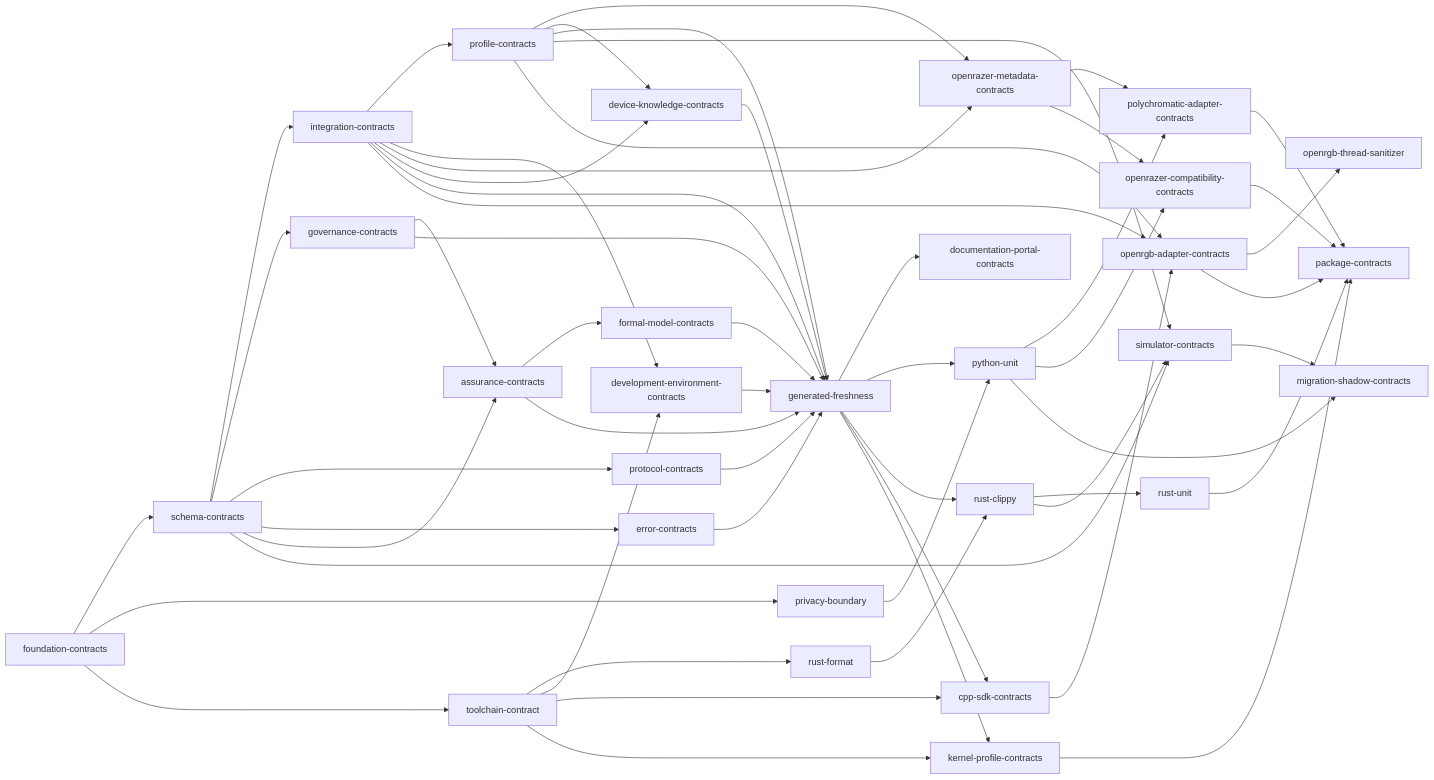
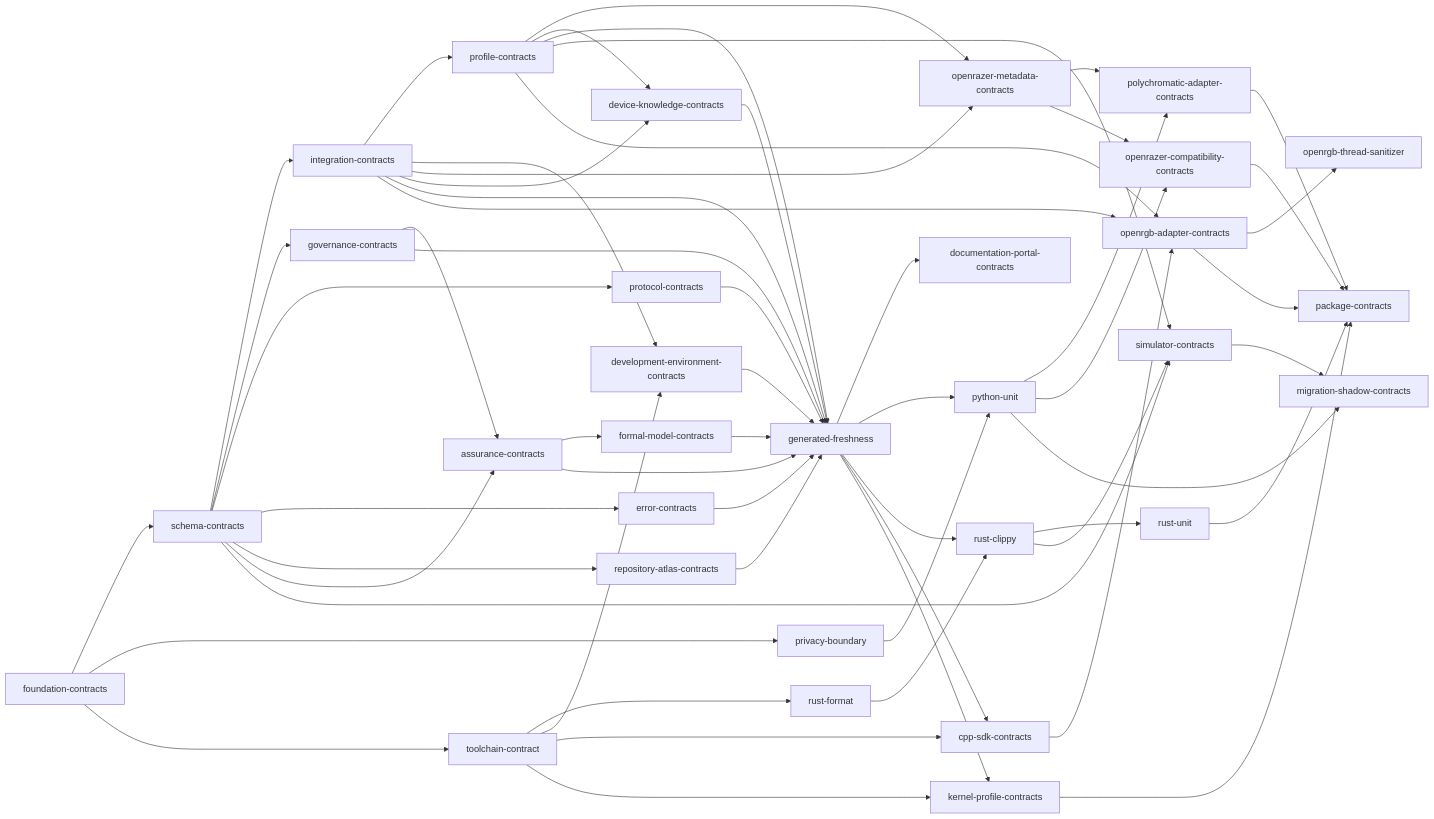
Before and after one commit to offalexjackson777-stack/hyperflux-next: the diagram in docs/generated/verification.md, drawn with Mermaid. The commit also changed other lines of this file and 46 other files, not shown here.

Commit message:
feat: add generated Repository Atlas

```diff
--- a/docs/generated/verification.md
+++ b/docs/generated/verification.md
@@ -49,6 +50,7 @@
     governance_contracts["governance-contracts"]
     protocol_contracts["protocol-contracts"]
     error_contracts["error-contracts"]
+    repository_atlas_contracts["repository-atlas-contracts"]
     rust_format["rust-format"]
     assurance_contracts["assurance-contracts"]
     profile_contracts["profile-contracts"]
@@ -77,6 +79,7 @@
     schema_contracts --> governance_contracts
     schema_contracts --> protocol_contracts
     schema_contracts --> error_contracts
+    schema_contracts --> repository_atlas_contracts
     toolchain_contract --> rust_format
     schema_contracts --> assurance_contracts
     governance_contracts --> assurance_contracts
@@ -97,6 +100,7 @@
     formal_model_contracts --> generated_freshness
     development_environment_contracts --> generated_freshness
     governance_contracts --> generated_freshness
+    repository_atlas_contracts --> generated_freshness
     generated_freshness --> documentation_portal_contracts
     generated_freshness --> python_unit
     privacy_boundary --> python_unit
```
